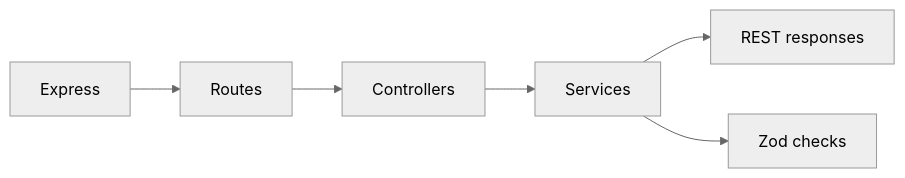
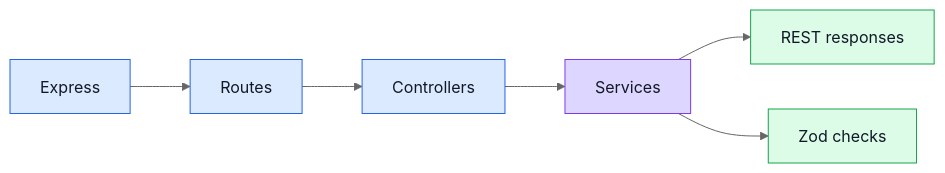
Before and after one commit to Guebbit/boilerplate-node-backend: the diagram in docs/tools/runtime.md, drawn with Mermaid (neutral theme). The commit also changed other lines of this file and 16 other files, not shown here.

````diff
--- a/docs/tools/runtime.md
+++ b/docs/tools/runtime.md
@@ -18,8 +18,16 @@
 ```mermaid
+%%{init: {'flowchart': {'nodeSpacing': 45, 'rankSpacing': 60}}}%%
 flowchart LR
     Express --> Routes
     Routes --> Controllers
     Controllers --> Services
     Services --> Response[REST responses]
     Services --> Validation[Zod checks]
+
+    classDef transport fill:#dbeafe,stroke:#2563eb,color:#111827;
+    classDef core fill:#ddd6fe,stroke:#7c3aed,color:#111827;
+    classDef support fill:#dcfce7,stroke:#16a34a,color:#111827;
+    class Express,Routes,Controllers transport;
+    class Services core;
+    class Response,Validation support;
 ```
````
